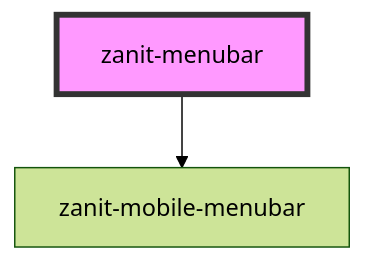
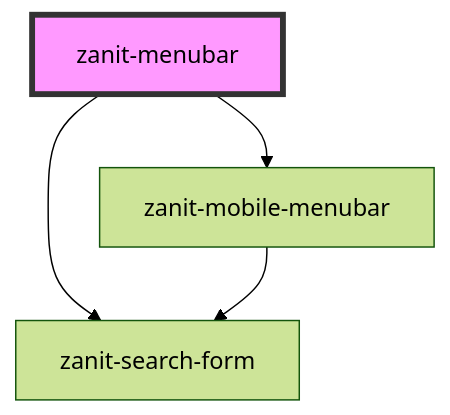
Before and after one commit to ZanichelliEditore/zanichelli-it-frontend-kit: the diagram in src/components/menubar/readme.md, drawn with Mermaid (forest theme). The commit also changed other lines of this file and 15 other files, not shown here.

Commit message:
refactor: search form component; add eslint

````diff
--- a/src/components/menubar/readme.md
+++ b/src/components/menubar/readme.md
@@ -34,5 +28,7 @@
 ```mermaid
 graph TD;
   zanit-menubar --> zanit-mobile-menubar
+  zanit-menubar --> zanit-search-form
+  zanit-mobile-menubar --> zanit-search-form
   style zanit-menubar fill:#f9f,stroke:#333,stroke-width:4px
 ```
````
